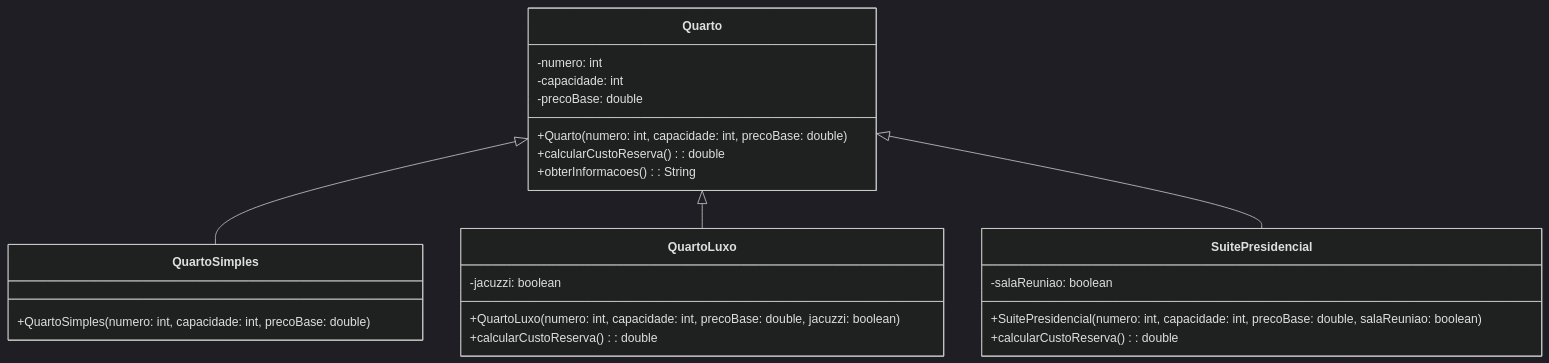
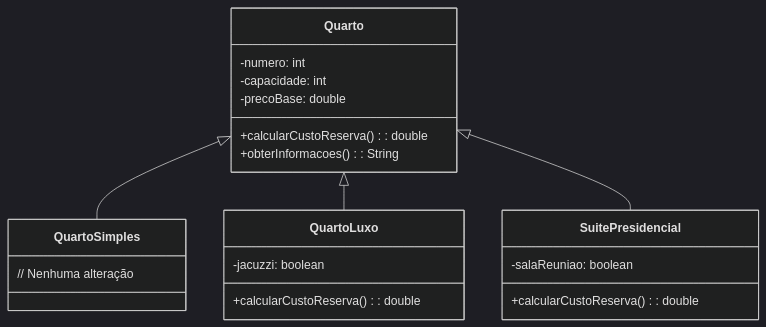
The third of 3 diagrams in ExercícioSala/README.md (liviaaVS/PEOO-TADS-II-PERIODO), drawn with Mermaid (dark theme) before and after one commit. The commit also changed other lines of this file, not shown here.

Commit message:
Ajustes no README.md(nos diagramas)

````diff
--- a/ExercícioSala/README.md
+++ b/ExercícioSala/README.md
@@ -93,31 +88,28 @@
 ```mermaid
 classDiagram
   class Quarto {
     -numero: int
     -capacidade: int
     -precoBase: double
-    +Quarto(numero: int, capacidade: int, precoBase: double)
     +calcularCustoReserva(): double
     +obterInformacoes(): String
   }
 
   class QuartoSimples {
-    +QuartoSimples(numero: int, capacidade: int, precoBase: double)
+    // Nenhuma alteração
   }
 
   class QuartoLuxo {
     -jacuzzi: boolean
-    +QuartoLuxo(numero: int, capacidade: int, precoBase: double, jacuzzi: boolean)
     +calcularCustoReserva(): double
   }
 
   class SuitePresidencial {
     -salaReuniao: boolean
-    +SuitePresidencial(numero: int, capacidade: int, precoBase: double, salaReuniao: boolean)
     +calcularCustoReserva(): double
   }
 
   Quarto <|-- QuartoSimples
   Quarto <|-- QuartoLuxo
   Quarto <|-- SuitePresidencial
 ```
````
